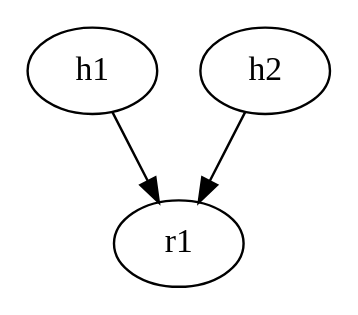
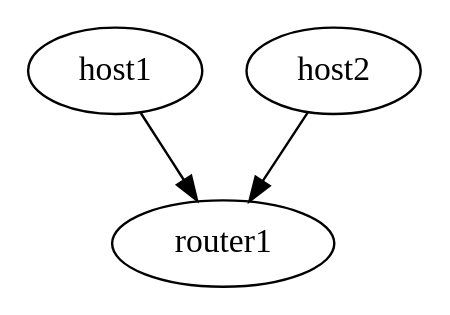
The diagram in docs/slides.md (cunicu/gont), drawn with Graphviz before and after one commit. The commit also changed other lines of this file and 3 other files, not shown here.

````diff
--- a/docs/slides.md
+++ b/docs/slides.md
@@ -1030,17 +1034,17 @@
 ```dot
 digraph D {
     /* network options */
     persistent = true
 
     /* nodes */
-    h1 [type=host, exec="ping h2"]
-    h2 [type=host]
-    r1 [type=router]
+    host1 [type=host, exec="ping host2"]
+    host2 [type=host]
+    router1 [type=router]
 
     /* links */
-    h1 -> r1 [address="10.0.0.1/24",
+    host1 -> router1 [address="10.0.0.1/24",
               mtu=9000]
-    h2 -> r1 [address="10.0.0.2/24",
+    host2 -> router1 [address="10.0.0.2/24",
               mtu=9000]
 }
 ```
````
